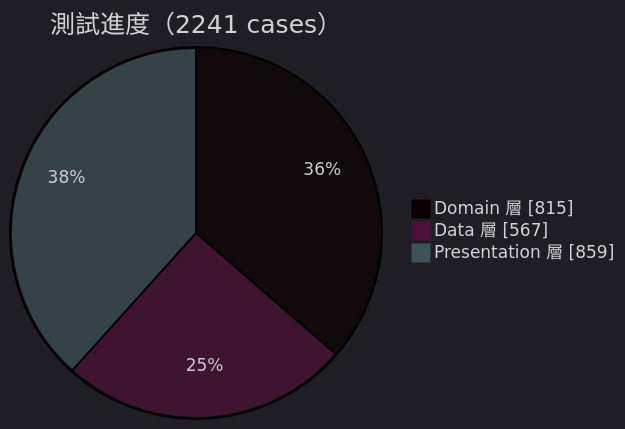
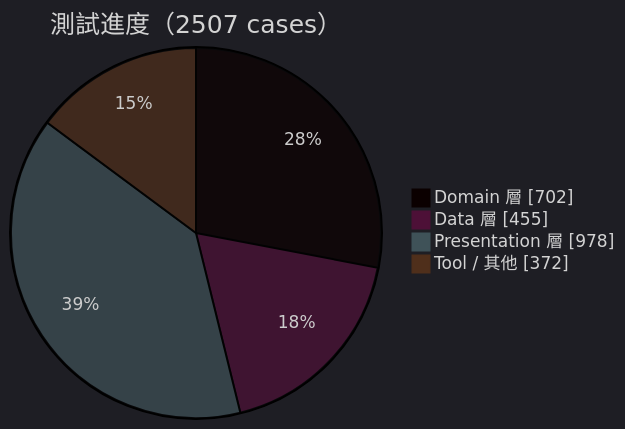
Before and after one commit to Neal75418/afterclose: the first of 3 diagrams in docs/TEST_COVERAGE_PLAN.md, drawn with Mermaid. The commit also changed other lines of this file and 2 other files, not shown here.

Commit message:
docs: 校準 CALIBRATION/PENDING_UPGRADES/TEST_COVERAGE（code 驗證）
- TEST_COVERAGE: 測試 2241→2507；pie 分層重數 702/455/978 + Tool/其他 372（加總
  2507）；Phase 3 標註 analysis_service_test 已建立、UpdateService 仍待補
- CALIBRATION: 狀態更新 — Stage 5 runtime loader 已 ship、scoring 已消費 calibrated
  JSON（多為 fallback、跑在手調分上，為設計）
- PENDING_UPGRADES: 加註 freezed/riverpod codegen/csv/share_plus 後續已移除（保留
  升級歷史）

RULE_ENGINE.md 先前已校準（規則 64、強股回檔、分數抽驗 REVERSAL_W2S=35 正確）→ 不動。

````diff
--- a/docs/TEST_COVERAGE_PLAN.md
+++ b/docs/TEST_COVERAGE_PLAN.md
@@ -9,7 +9,8 @@
 ```mermaid
 %%{init: {'theme': 'dark'}}%%
-pie showData title 測試進度（2241 cases）
-    "Domain 層" : 815
-    "Data 層" : 567
-    "Presentation 層" : 859
+pie showData title 測試進度（2507 cases）
+    "Domain 層" : 702
+    "Data 層" : 455
+    "Presentation 層" : 978
+    "Tool / 其他" : 372
 ```
````
